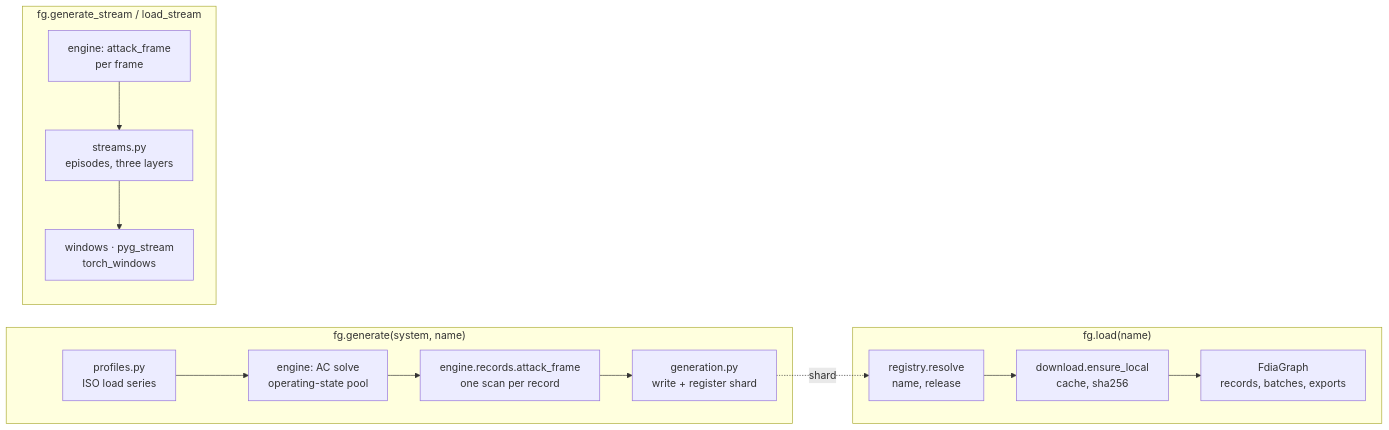
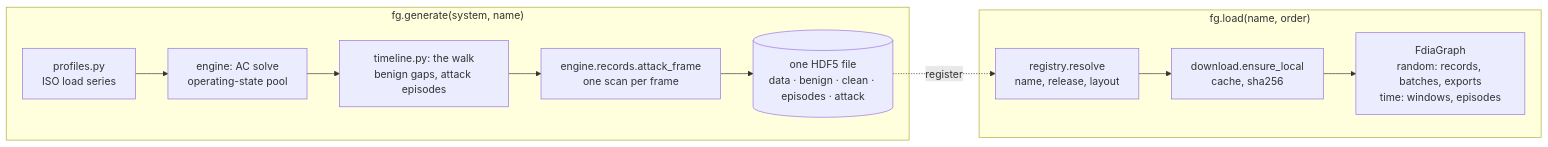
Before and after one commit to myersben9/fdia-graph: the second of 2 diagrams in docs/ROADMAP.md, drawn with Mermaid. The commit also changed other lines of this file and 37 other files, not shown here.

First line of the commit message:
0.18.0 on the data release v0.8.0: one timeline per system, data-v tags, results on the new data (#106)

````diff
--- a/docs/ROADMAP.md
+++ b/docs/ROADMAP.md
@@ -33,17 +33,14 @@
 ```mermaid
 flowchart LR
     subgraph generate["fg.generate(system, name)"]
         p1[profiles.py<br/>ISO load series] --> p2["engine: AC solve<br/>operating-state pool"]
-        p2 --> p3[engine.records.attack_frame<br/>one scan per record]
-        p3 --> p4[generation.py<br/>write + register shard]
+        p2 --> p3["timeline.py: the walk<br/>benign gaps, attack episodes"]
+        p3 --> p4[engine.records.attack_frame<br/>one scan per frame]
+        p4 --> p5[("one HDF5 file<br/>data · benign · clean · episodes · attack")]
     end
-    subgraph load["fg.load(name)"]
-        l1[registry.resolve<br/>name, release] --> l2[download.ensure_local<br/>cache, sha256]
-        l2 --> l3[FdiaGraph<br/>records, batches, exports]
+    subgraph load["fg.load(name, order)"]
+        l1[registry.resolve<br/>name, release, layout] --> l2[download.ensure_local<br/>cache, sha256]
+        l2 --> l3["FdiaGraph<br/>random: records, batches, exports<br/>time: windows, episodes"]
     end
-    subgraph stream["fg.generate_stream / load_stream"]
-        s1["engine: attack_frame<br/>per frame"] --> s2[streams.py<br/>episodes, three layers]
-        s2 --> s3[windows · pyg_stream<br/>torch_windows]
-    end
-    p4 -.shard.-> l1
+    p5 -.register.-> l1
 ```
````
